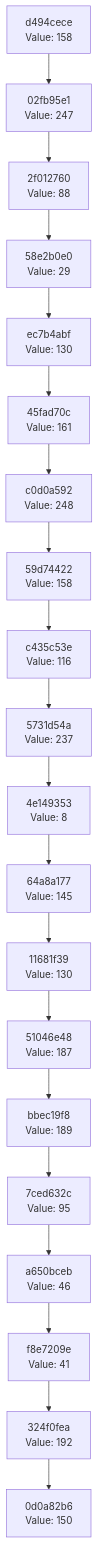
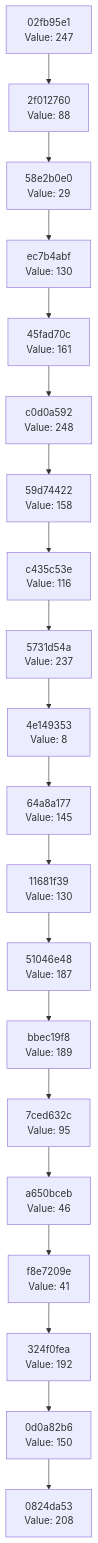
The diagram in docs/CHAIN_VISUALIZATION.md (Abhisheksinha1506/hash-chain-evolver), drawn with Mermaid before and after one commit. The commit also changed 3 other files, not shown here.

````diff
--- a/docs/CHAIN_VISUALIZATION.md
+++ b/docs/CHAIN_VISUALIZATION.md
@@ -3,42 +3,42 @@
 ```mermaid
 graph TD
-    C0["0d0a82b6<br/>Value: 150"]
-    C1["324f0fea<br/>Value: 192"]
+    C0["0824da53<br/>Value: 208"]
+    C1["0d0a82b6<br/>Value: 150"]
     C1 --> C0
-    C2["f8e7209e<br/>Value: 41"]
+    C2["324f0fea<br/>Value: 192"]
     C2 --> C1
-    C3["a650bceb<br/>Value: 46"]
+    C3["f8e7209e<br/>Value: 41"]
     C3 --> C2
-    C4["7ced632c<br/>Value: 95"]
+    C4["a650bceb<br/>Value: 46"]
     C4 --> C3
-    C5["bbec19f8<br/>Value: 189"]
+    C5["7ced632c<br/>Value: 95"]
     C5 --> C4
-    C6["51046e48<br/>Value: 187"]
+    C6["bbec19f8<br/>Value: 189"]
     C6 --> C5
-    C7["11681f39<br/>Value: 130"]
+    C7["51046e48<br/>Value: 187"]
     C7 --> C6
-    C8["64a8a177<br/>Value: 145"]
+    C8["11681f39<br/>Value: 130"]
     C8 --> C7
-    C9["4e149353<br/>Value: 8"]
+    C9["64a8a177<br/>Value: 145"]
     C9 --> C8
-    C10["5731d54a<br/>Value: 237"]
+    C10["4e149353<br/>Value: 8"]
     C10 --> C9
-    C11["c435c53e<br/>Value: 116"]
+    C11["5731d54a<br/>Value: 237"]
     C11 --> C10
-    C12["59d74422<br/>Value: 158"]
+    C12["c435c53e<br/>Value: 116"]
     C12 --> C11
-    C13["c0d0a592<br/>Value: 248"]
+    C13["59d74422<br/>Value: 158"]
     C13 --> C12
-    C14["45fad70c<br/>Value: 161"]
+    C14["c0d0a592<br/>Value: 248"]
     C14 --> C13
-    C15["ec7b4abf<br/>Value: 130"]
+    C15["45fad70c<br/>Value: 161"]
     C15 --> C14
-    C16["58e2b0e0<br/>Value: 29"]
+    C16["ec7b4abf<br/>Value: 130"]
     C16 --> C15
-    C17["2f012760<br/>Value: 88"]
+    C17["58e2b0e0<br/>Value: 29"]
     C17 --> C16
-    C18["02fb95e1<br/>Value: 247"]
+    C18["2f012760<br/>Value: 88"]
     C18 --> C17
-    C19["d494cece<br/>Value: 158"]
+    C19["02fb95e1<br/>Value: 247"]
     C19 --> C18
 ```
````
